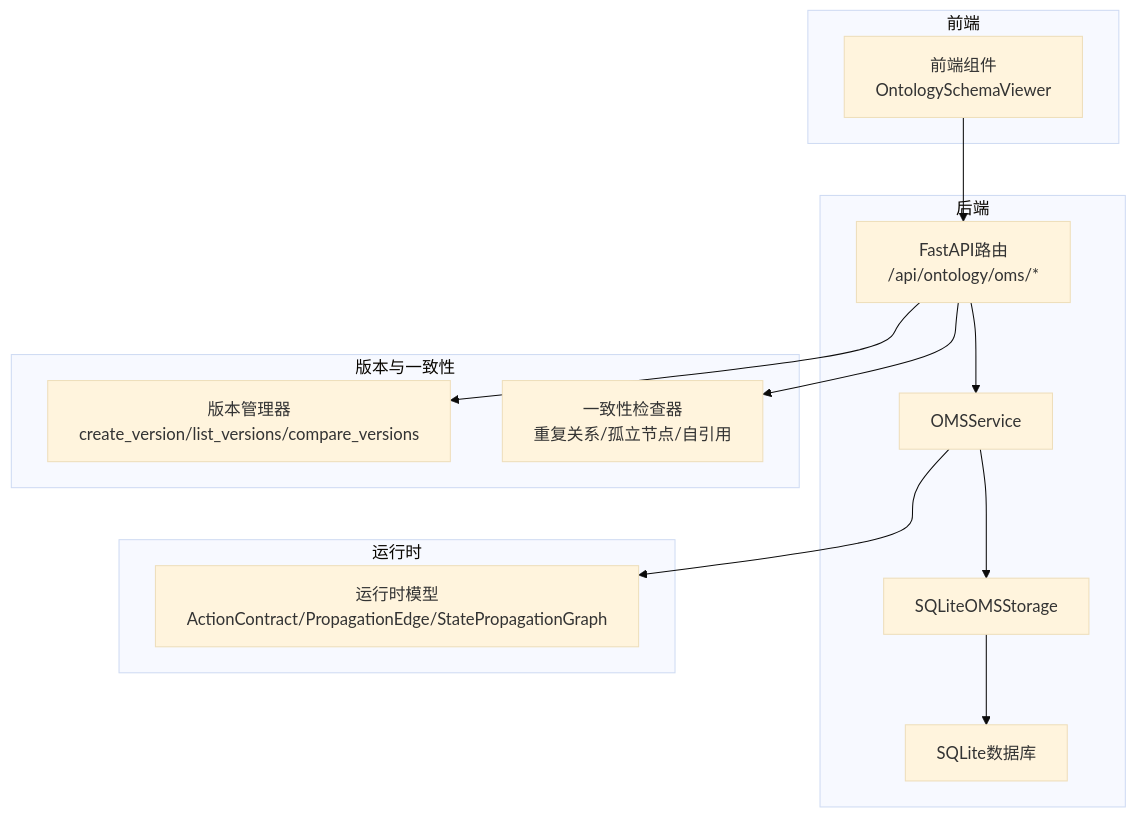
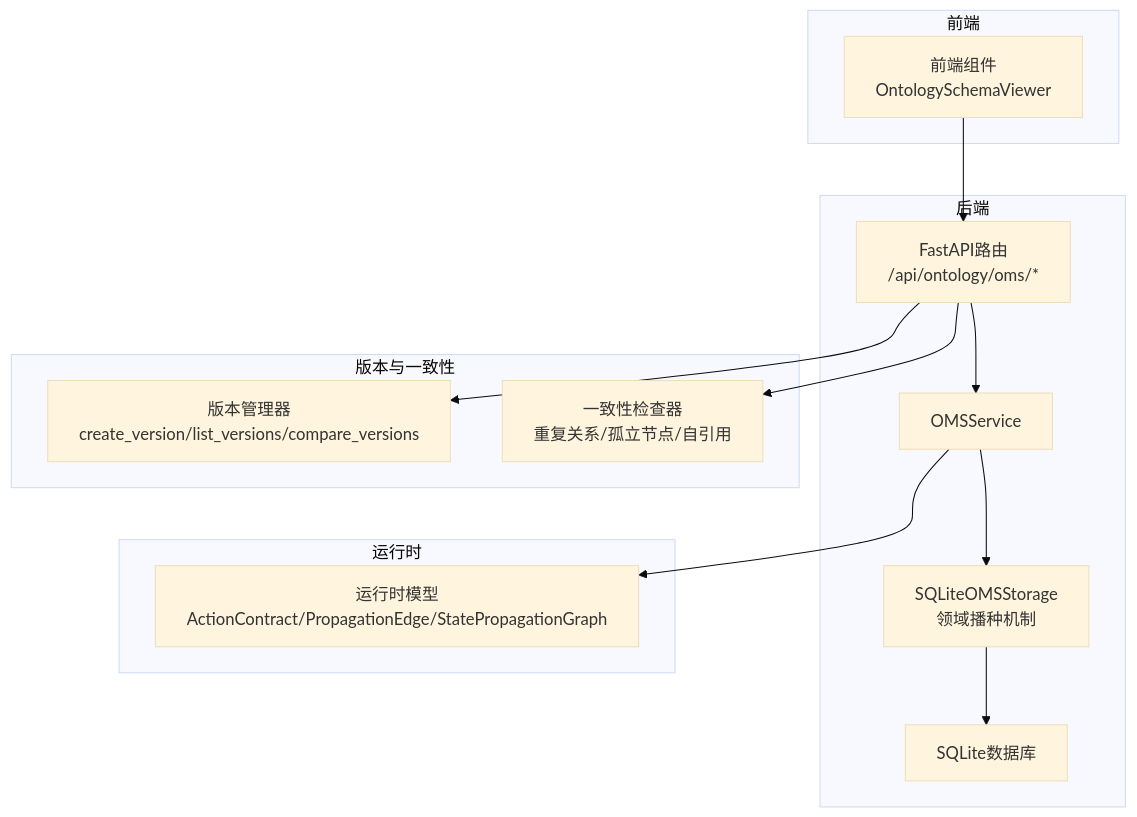
The first of 8 diagrams in .qoder/repowiki/zh/content/项目概述/核心特性/OMS元模型框架/OMS元模型框架.md (inier/ontology-graphiti), drawn with Mermaid (base theme) before and after one commit. The commit also changed other lines of this file and 85 other files, not shown here.

````diff
--- a/.qoder/repowiki/zh/content/项目概述/核心特性/OMS元模型框架/OMS元模型框架.md
+++ b/.qoder/repowiki/zh/content/项目概述/核心特性/OMS元模型框架/OMS元模型框架.md
@@ -43,26 +54,26 @@
 ```mermaid
 graph TB
 subgraph "前端"
 FE["前端组件<br/>OntologySchemaViewer"]
 end
 subgraph "后端"
 API["FastAPI路由<br/>/api/ontology/oms/*"]
 SVC["OMSService"]
-STORE["SQLiteOMSStorage"]
+STORE["SQLiteOMSStorage<br/>领域播种机制"]
 DB["SQLite数据库"]
 end
 subgraph "运行时"
 RT_MODELS["运行时模型<br/>ActionContract/PropagationEdge/StatePropagationGraph"]
 end
 subgraph "版本与一致性"
 VERSION["版本管理器<br/>create_version/list_versions/compare_versions"]
 CONSISTENCY["一致性检查器<br/>重复关系/孤立节点/自引用"]
 end
 FE --> API
 API --> SVC
 SVC --> STORE
 STORE --> DB
 SVC --> RT_MODELS
 API --> VERSION
 API --> CONSISTENCY
 ```
````
